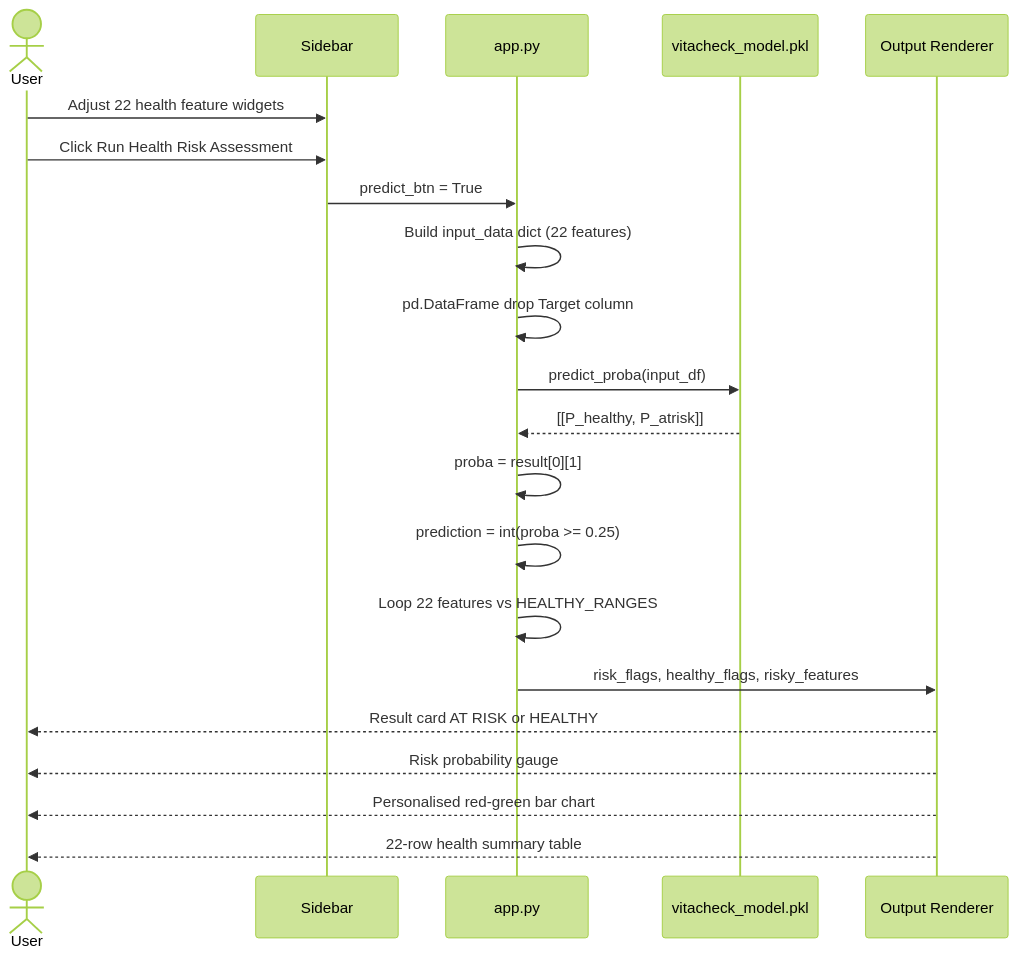
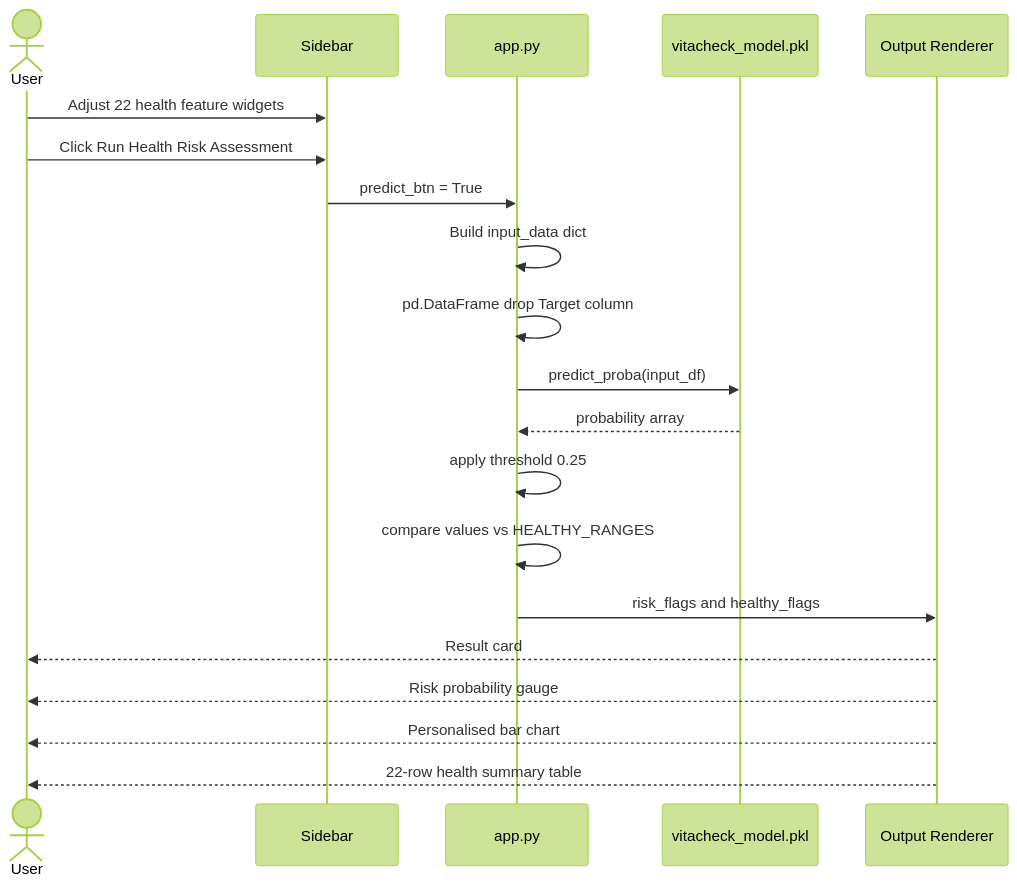
One commit to KARTHIKAKRISHNA123/vitacheck-ml changed the sixth of 14 diagrams in README.md. Above: the diagram before and after it, drawn with Mermaid (forest theme). The commit also changed other lines of this file, not shown here.

````diff
--- a/README.md
+++ b/README.md
@@ -434,24 +309,23 @@
 ```mermaid
 sequenceDiagram
     actor User
     participant Sidebar
     participant App as app.py
     participant Model as vitacheck_model.pkl
     participant Renderer as Output Renderer
 
     User->>Sidebar: Adjust 22 health feature widgets
     User->>Sidebar: Click Run Health Risk Assessment
     Sidebar->>App: predict_btn = True
-    App->>App: Build input_data dict (22 features)
+    App->>App: Build input_data dict
     App->>App: pd.DataFrame drop Target column
     App->>Model: predict_proba(input_df)
-    Model-->>App: [[P_healthy, P_atrisk]]
-    App->>App: proba = result[0][1]
-    App->>App: prediction = int(proba >= 0.25)
-    App->>App: Loop 22 features vs HEALTHY_RANGES
-    App->>Renderer: risk_flags, healthy_flags, risky_features
-    Renderer-->>User: Result card AT RISK or HEALTHY
+    Model-->>App: probability array
+    App->>App: apply threshold 0.25
+    App->>App: compare values vs HEALTHY_RANGES
+    App->>Renderer: risk_flags and healthy_flags
+    Renderer-->>User: Result card
     Renderer-->>User: Risk probability gauge
-    Renderer-->>User: Personalised red-green bar chart
+    Renderer-->>User: Personalised bar chart
     Renderer-->>User: 22-row health summary table
 ```
````
